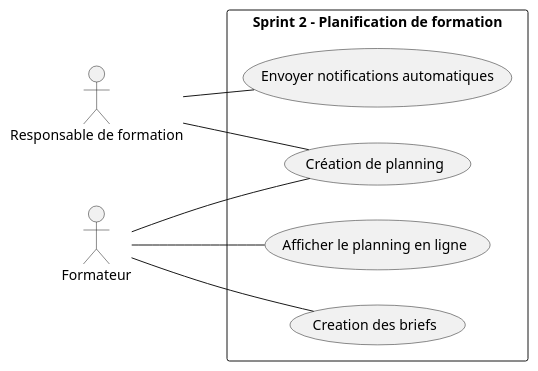
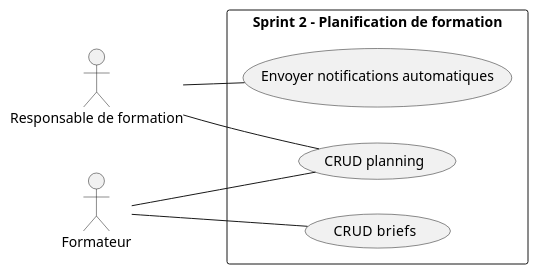
The diagram in BrancheFonctionnelle/usecase_sprint2.pu (ZOUBAIRDouae/Projet_Fil_Rouge), drawn with PlantUML before and after one commit. The commit also changed 70 other files, not shown here.

```diff
--- a/BrancheFonctionnelle/usecase_sprint2.pu
+++ b/BrancheFonctionnelle/usecase_sprint2.pu
@@ -1,29 +1,27 @@
 @startuml
 left to right direction
 
 actor "Responsable de formation" as Admin
 actor "Formateur" as Formateur
 
 
 ' Sprint 2
 rectangle "Sprint 2 - Planification de formation" {
 
-    usecase "Création de planning" as UC2
+    usecase "CRUD planning" as UC2
     usecase "Envoyer notifications automatiques" as UC3
-    usecase "Afficher le planning en ligne" as UC4
-    usecase "Creation des briefs" as UC5
+    usecase "CRUD  briefs" as UC5
 }
 
 
 
 ' Relations Sprint 2
 Admin -- UC2
 Admin -- UC3
 
 Formateur -- UC2
-Formateur -- UC4
 Formateur -- UC5
 
 
 
 @enduml
```
